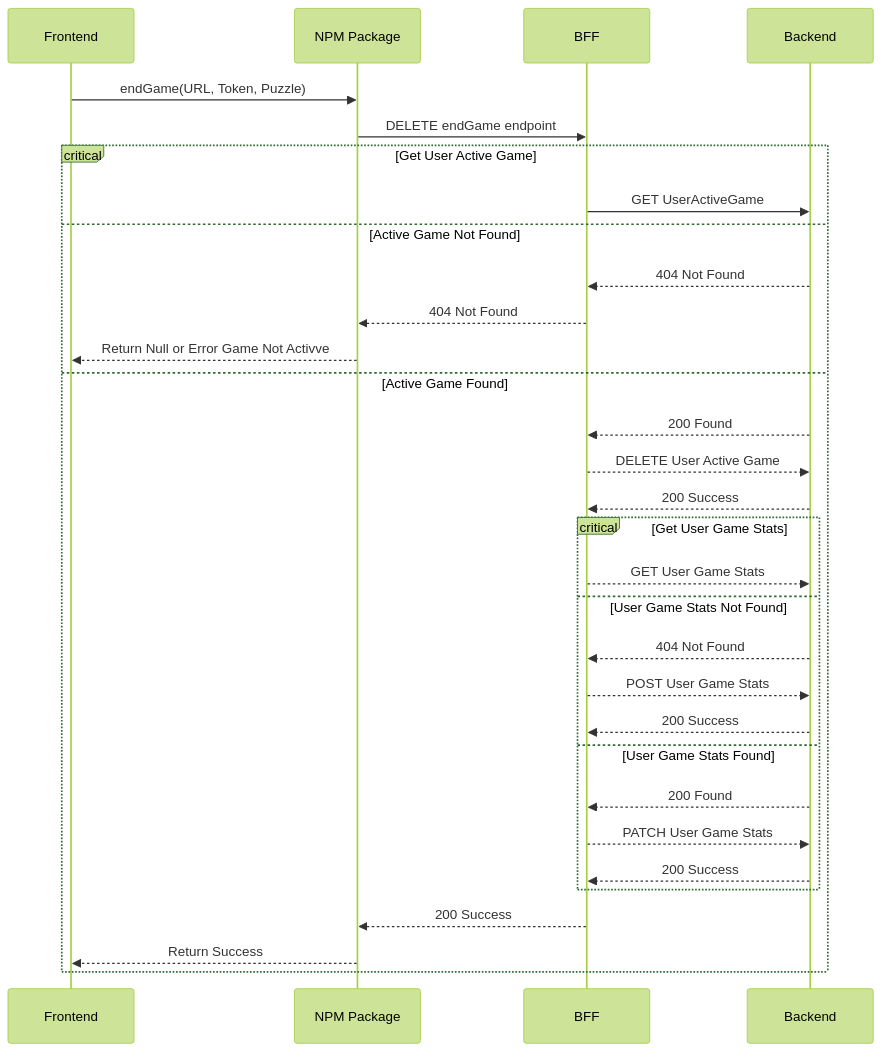
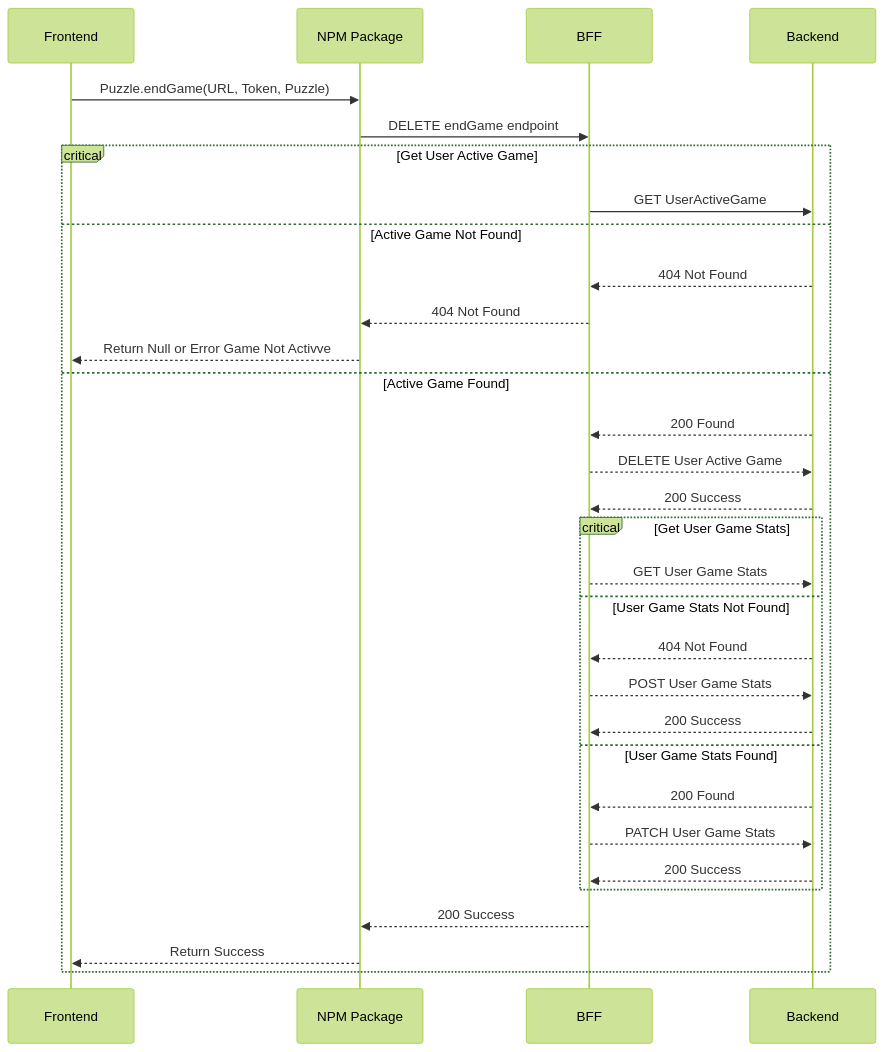
Before and after one commit to Sudokuru/Puzzle: the third of 3 diagrams in Documentation/Diagrams/SequenceDiagram.md, drawn with Mermaid (forest theme). The commit also changed other lines of this file, not shown here.

Commit message:
Updating flow names

````diff
--- a/Documentation/Diagrams/SequenceDiagram.md
+++ b/Documentation/Diagrams/SequenceDiagram.md
@@ -78,38 +78,38 @@
 ```mermaid
 sequenceDiagram
     participant Frontend
     participant NPM Package
     participant BFF
     participant Backend
 
     #endGame
-    Frontend->>NPM Package: endGame(URL, Token, Puzzle)
+    Frontend->>NPM Package: Puzzle.endGame(URL, Token, Puzzle)
     NPM Package->>BFF: DELETE endGame endpoint
 
     critical Get User Active Game
         BFF->>Backend: GET UserActiveGame
     option Active Game Not Found
         Backend-->>BFF: 404 Not Found
         BFF-->>NPM Package: 404 Not Found
         NPM Package-->>Frontend: Return Null or Error Game Not Activve
     option Active Game Found
         Backend-->>BFF: 200 Found
         BFF-->>Backend: DELETE User Active Game
         Backend-->>BFF: 200 Success
 
         critical Get User Game Stats
             BFF-->>Backend: GET User Game Stats
         option User Game Stats Not Found
             Backend-->>BFF: 404 Not Found
             BFF-->>Backend: POST User Game Stats
             Backend-->>BFF: 200 Success
         option User Game Stats Found
             Backend-->>BFF: 200 Found
             BFF-->>Backend: PATCH User Game Stats
             Backend-->>BFF: 200 Success
         end
 
         BFF-->>NPM Package: 200 Success
         NPM Package-->>Frontend: Return Success
     end
 ```
````
